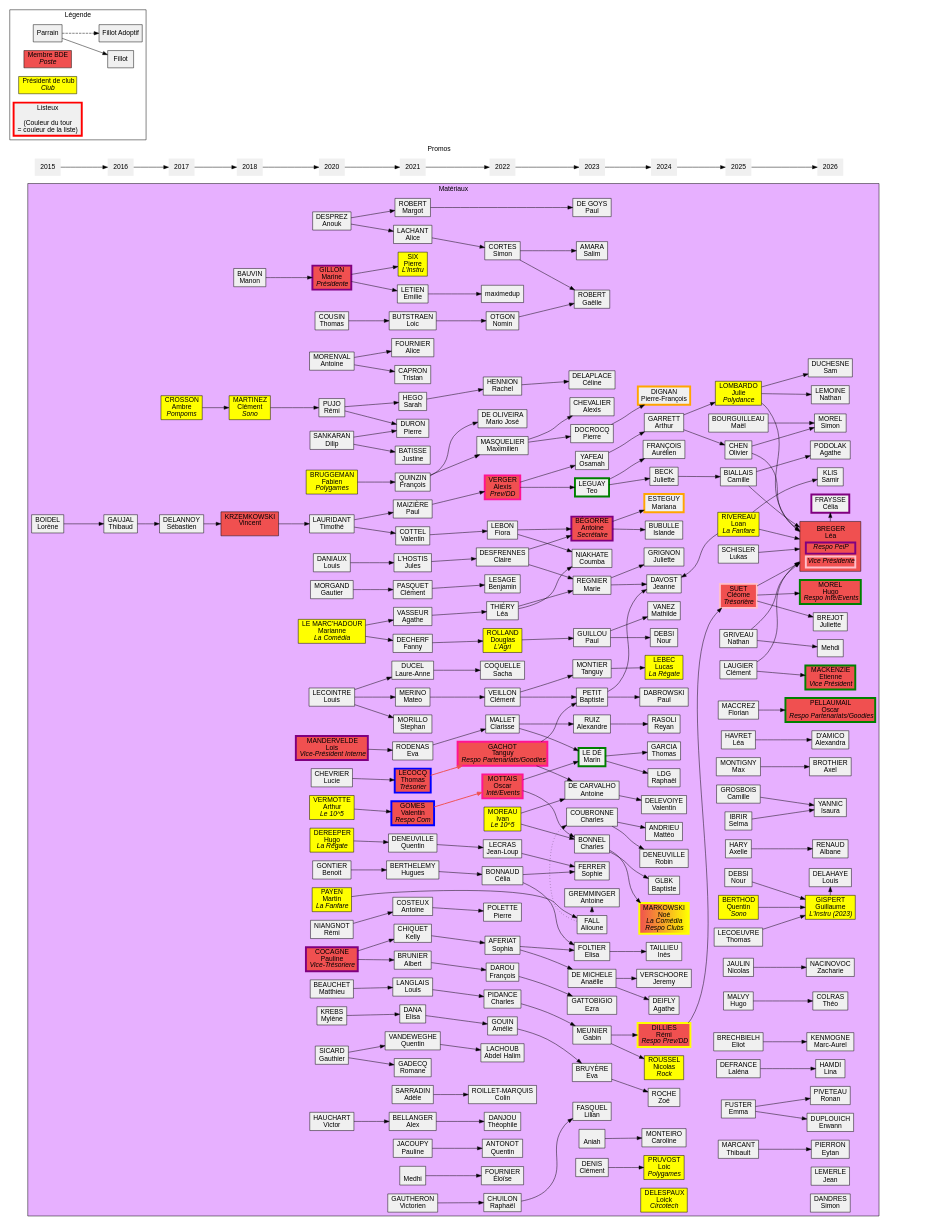
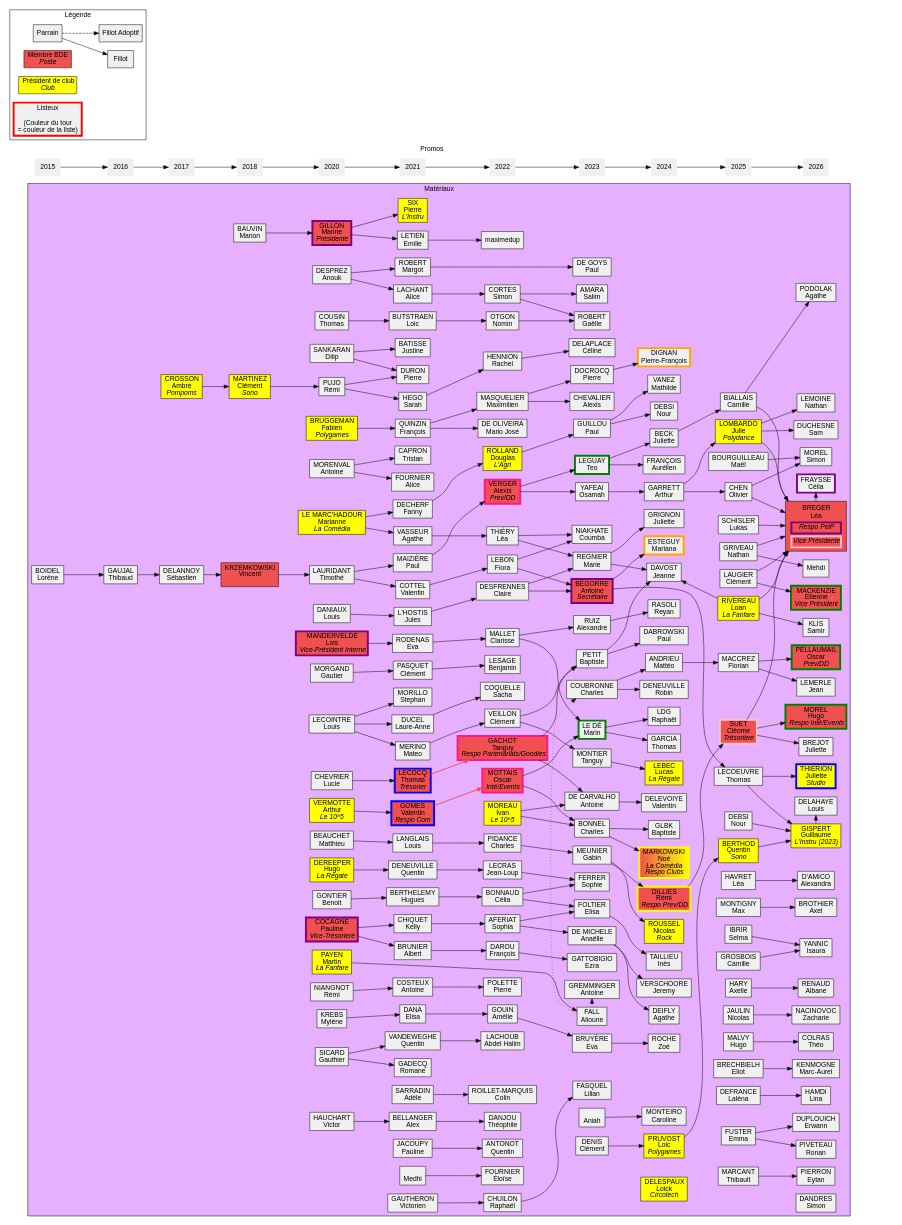
The diagram in mat.dot (Scruchet/poly_gen), drawn with Graphviz before and after one commit. The commit also changed 7 other files, not shown here.

```diff
--- a/mat.dot
+++ b/mat.dot
@@ -329,7 +329,7 @@
 			camillebec	[label = "BECK\nJuliette"];
 			carolinemont	[label = "MONTEIRO\nCaroline"];
 			inestail	[label = "TAILLIEU\nInès"];
-			islandebub	[label = "BUBULLE\nIslande"];
+			//islandebub	[label = "BUBULLE\nIslande"];
 			jeannedav	[label = "DAVOST\nJeanne"];
 			jeremyversc	[label = "VERSCHOORE\nJeremy"];
 			juliettegrig	[label = "GRIGNON\nJuliette"];
@@ -356,7 +356,7 @@
 		anaelledemi -> agathedeifl;
 		anaelledemi -> jeremyversc;
 		aniah -> carolinemont;
-		antoinebeg -> islandebub;
+		antoinebeg -> tlecoeuvre;
 		antoinebeg -> marianaeste;
 		antoinedec -> valentindelev;
 		baptistepet -> jeannedav;
@@ -381,7 +381,9 @@
 		tanguymon -> lucaslbc;
 		teoleg -> aurelienfran;
 		teoleg -> camillebec;
-		{ rank = "same";
+		loicpruv -> qberthod;
+
+		{ rank = "same";//2025
             camillebia 	[label = "BIALLAIS\nCamille"];
             maelbourg  	[label = "BOURGUILLEAU\nMaël"];
             cleomesuet 	[label = <SUET<BR/>Cléome<BR/><I>Trésorière</I>> fillcolor="#f05050" penwidth=4 color="pink"];
@@ -406,15 +408,16 @@
             tmarcant	[label = "MARCANT\nThibault"];
             ndebsi		[label = "DEBSI\nNour"];
             lschisler	[label = "SCHISLER\nLukas"];
-
 		}
+		
 		remidilli -> cleomesuet;
 		camillebec -> camillebia;
 		arthurgarr -> julielomb;
 		arthurgarr -> olivierch;
 		loanrivere -> jeannedav;
+		matteoandri -> florianma;
 
-		{ rank = "same";
+		{ rank = "same";//2026
 			leabreger  	[label = <<table border="0">
 				<tr><td border="0">BREGER<BR/>Léa</td></tr>
 				<tr><td border="4" color="purple"><I>Respo PeiP</I></td></tr>
@@ -426,7 +429,7 @@
 			sduchesne	[label = "DUCHESNE\nSam"];
 			cfraysse	[label = "FRAYSSE\nCélia" penwidth=4 color="purple"];
 			aamico		[label = "D'AMICO\nAlexandra"];
-			opellaumail	[label = <PELLAUMAIL<BR/>Oscar<BR/><I>Respo Partenariats/Goodies</I>> fillcolor="#f05050" penwidth=4 color="green"];
+			opellaumail	[label = <PELLAUMAIL<BR/>Oscar<BR/><I>Prev/DD</I>> fillcolor="#f05050" penwidth=4 color="green"];
 			jlemerle	[label = "LEMERLE\nJean"];
 			abrothier	[label = "BROTHIER\nAxel"];
 			iyannic		[label = "YANNIC\nIsaura"];
@@ -445,8 +448,10 @@
 			eduplouich	[label = "DUPLOUICH\nErwann"];
 			rpiveteau	[label = "PIVETEAU\nRonan"];
 			emackenzie	[label = <MACKENZIE<BR/>Etienne<BR/><I>Vice Président</I>> fillcolor="#f05050" penwidth=4 color="green"];
+			jthierion	[label = <THIERION<BR/>Juliette<BR/><I>Studio</I>> fillcolor="yellow", penwidth=4 color ="blue"];
 			epierron	[label = "PIERRON\nEytan"];
 		}
+		tlecoeuvre  -> jthierion;
 		cleomesuet	-> hmorel;
 		cleomesuet	-> jbrejot;
 		julielomb	-> nlemoine;
@@ -454,6 +459,7 @@
 		leabreger	-> cfraysse;
 		lhavret 	-> aamico;
 		florianma	-> opellaumail;
+		florianma	-> jlemerle;
 		mmontigny	-> abrothier;
 		sibrir		-> iyannic;
 		cgrosbois	-> iyannic;
```
